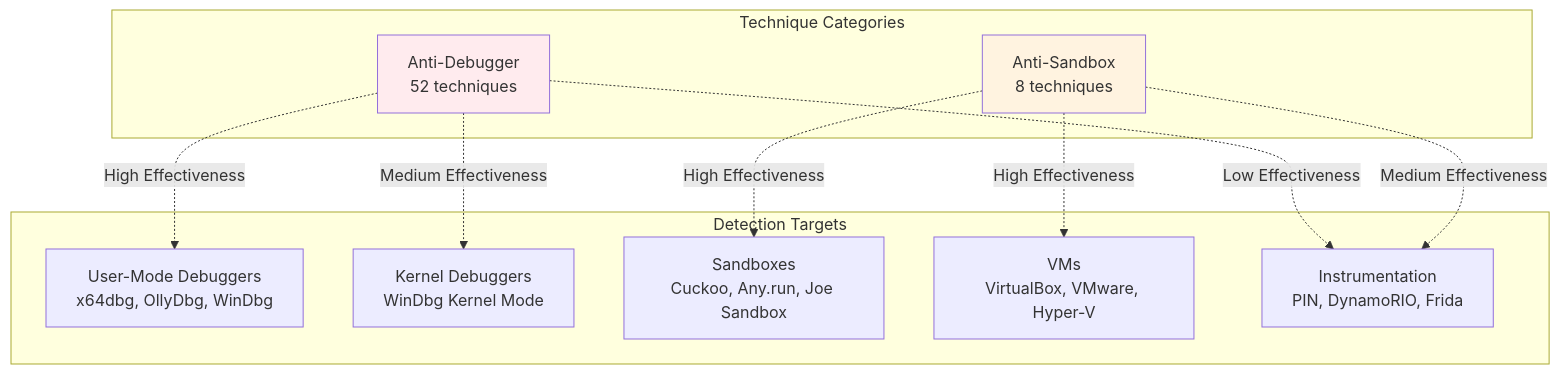
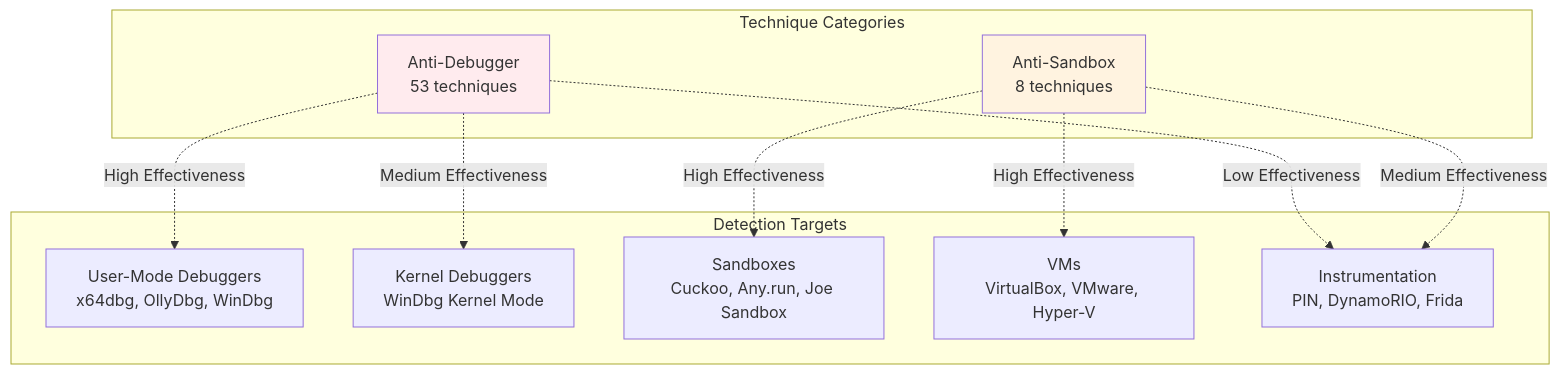
Before and after one commit to mabj/anti: the seventh of 8 diagrams in docs/diagrams/taxonomy.md, drawn with Mermaid. The commit also changed other lines of this file and 7 other files, not shown here.

````diff
--- a/docs/diagrams/taxonomy.md
+++ b/docs/diagrams/taxonomy.md
@@ -225,26 +226,26 @@
 ```mermaid
 graph TB
     subgraph Detection Targets
         T1[User-Mode Debuggers<br/>x64dbg, OllyDbg, WinDbg]
         T2[Kernel Debuggers<br/>WinDbg Kernel Mode]
         T3[Sandboxes<br/>Cuckoo, Any.run, Joe Sandbox]
         T4[VMs<br/>VirtualBox, VMware, Hyper-V]
         T5[Instrumentation<br/>PIN, DynamoRIO, Frida]
     end
 
     subgraph Technique Categories
-        C1[Anti-Debugger<br/>52 techniques]
+        C1[Anti-Debugger<br/>53 techniques]
         C2[Anti-Sandbox<br/>8 techniques]
     end
 
     C1 -.High Effectiveness.-> T1
     C1 -.Medium Effectiveness.-> T2
     C1 -.Low Effectiveness.-> T5
 
     C2 -.High Effectiveness.-> T3
     C2 -.High Effectiveness.-> T4
     C2 -.Medium Effectiveness.-> T5
 
     style C1 fill:#ffebee
     style C2 fill:#fff3e0
 ```
````
